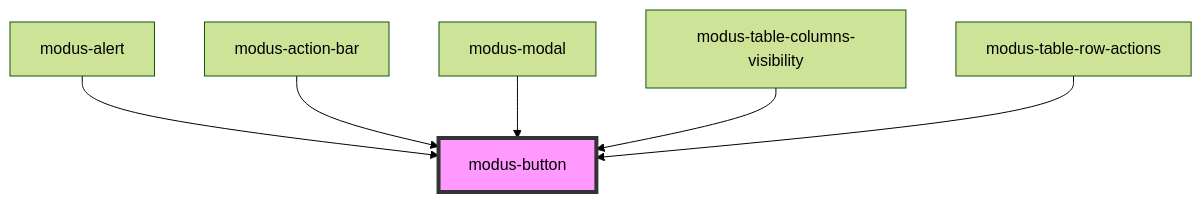
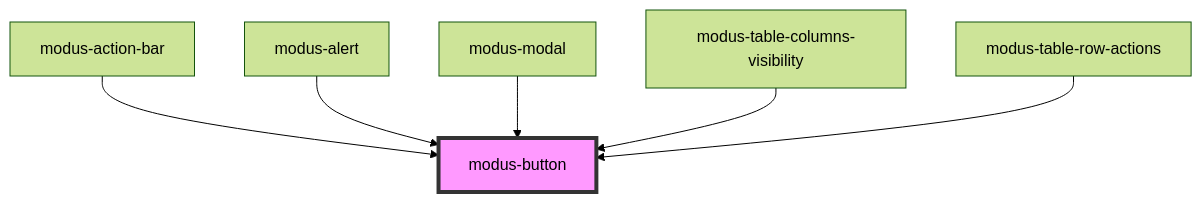
Before and after one commit to trimble-oss/modus-web-components: the diagram in stencil-workspace/src/components/modus-button/readme.md, drawn with Mermaid (forest theme). The commit also changed other lines of this file and 2 other files, not shown here.

Commit message:
Modify Alert button to secondary-outline

````diff
--- a/stencil-workspace/src/components/modus-button/readme.md
+++ b/stencil-workspace/src/components/modus-button/readme.md
@@ -54,9 +54,9 @@
 ```mermaid
 graph TD;
+  modus-action-bar --> modus-button
   modus-alert --> modus-button
-  modus-action-bar --> modus-button
   modus-modal --> modus-button
   modus-table-columns-visibility --> modus-button
   modus-table-row-actions --> modus-button
   style modus-button fill:#f9f,stroke:#333,stroke-width:4px
 ```
````
